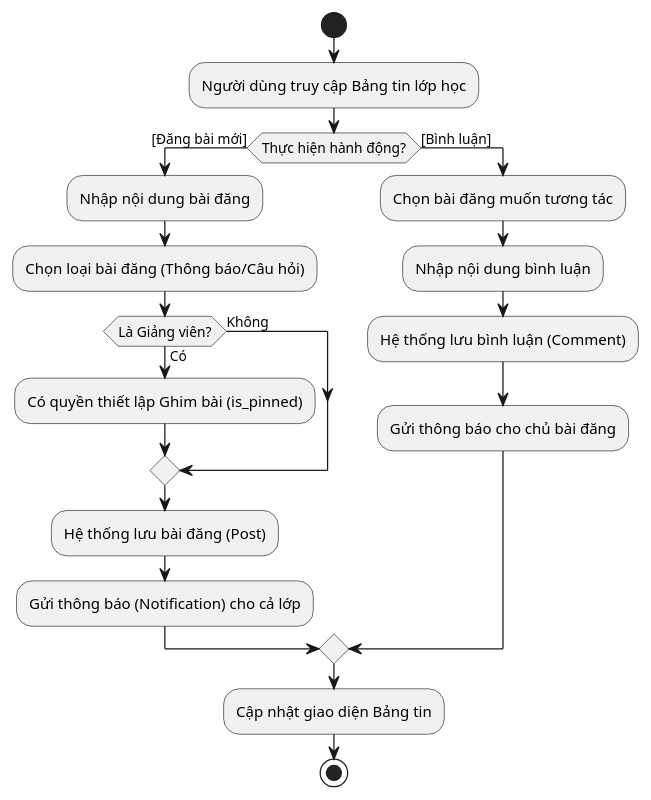
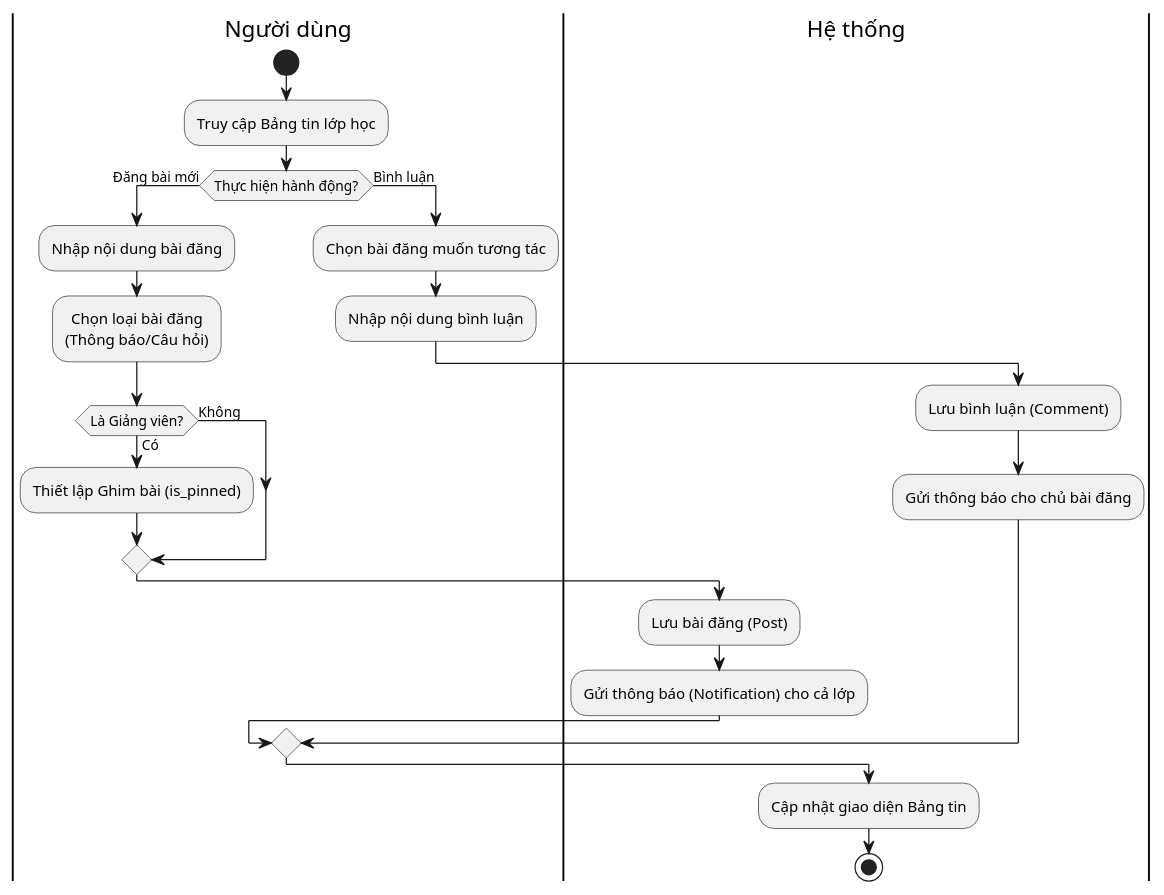
One commit to thanhthanh123vn/Rubric_Thanh_Duc_2025_2026 changed the diagram in eureka-server/eureka-server/src/main/java/hcmuaf/edu/vn/fit/rubric/plantUML/activityTeacher/CommentAndChat.puml. Above: the diagram before and after it, drawn with PlantUML. The commit also changed 39 other files, not shown here.

```diff
--- a/eureka-server/eureka-server/src/main/java/hcmuaf/edu/vn/fit/rubric/plantUML/activityTeacher/CommentAndChat.puml
+++ b/eureka-server/eureka-server/src/main/java/hcmuaf/edu/vn/fit/rubric/plantUML/activityTeacher/CommentAndChat.puml
@@ -1,22 +1,37 @@
 @startuml
 skinparam defaultTextAlignment center
+
+|Người dùng|
 start
-:Người dùng truy cập Bảng tin lớp học;
-if (Thực hiện hành động?) then ([Đăng bài mới])
+:Truy cập Bảng tin lớp học;
+
+if (Thực hiện hành động?) then (Đăng bài mới)
+
   :Nhập nội dung bài đăng;
-  :Chọn loại bài đăng (Thông báo/Câu hỏi);
+  :Chọn loại bài đăng\n(Thông báo/Câu hỏi);
+
   if (Là Giảng viên?) then (Có)
-    :Có quyền thiết lập Ghim bài (is_pinned);
+    :Thiết lập Ghim bài (is_pinned);
   else (Không)
   endif
-  :Hệ thống lưu bài đăng (Post);
+
+  |Hệ thống|
+  :Lưu bài đăng (Post);
   :Gửi thông báo (Notification) cho cả lớp;
-else ([Bình luận])
+
+else (Bình luận)
+
+  |Người dùng|
   :Chọn bài đăng muốn tương tác;
   :Nhập nội dung bình luận;
-  :Hệ thống lưu bình luận (Comment);
+
+  |Hệ thống|
+  :Lưu bình luận (Comment);
   :Gửi thông báo cho chủ bài đăng;
+
 endif
+
 :Cập nhật giao diện Bảng tin;
+
 stop
 @enduml
```
